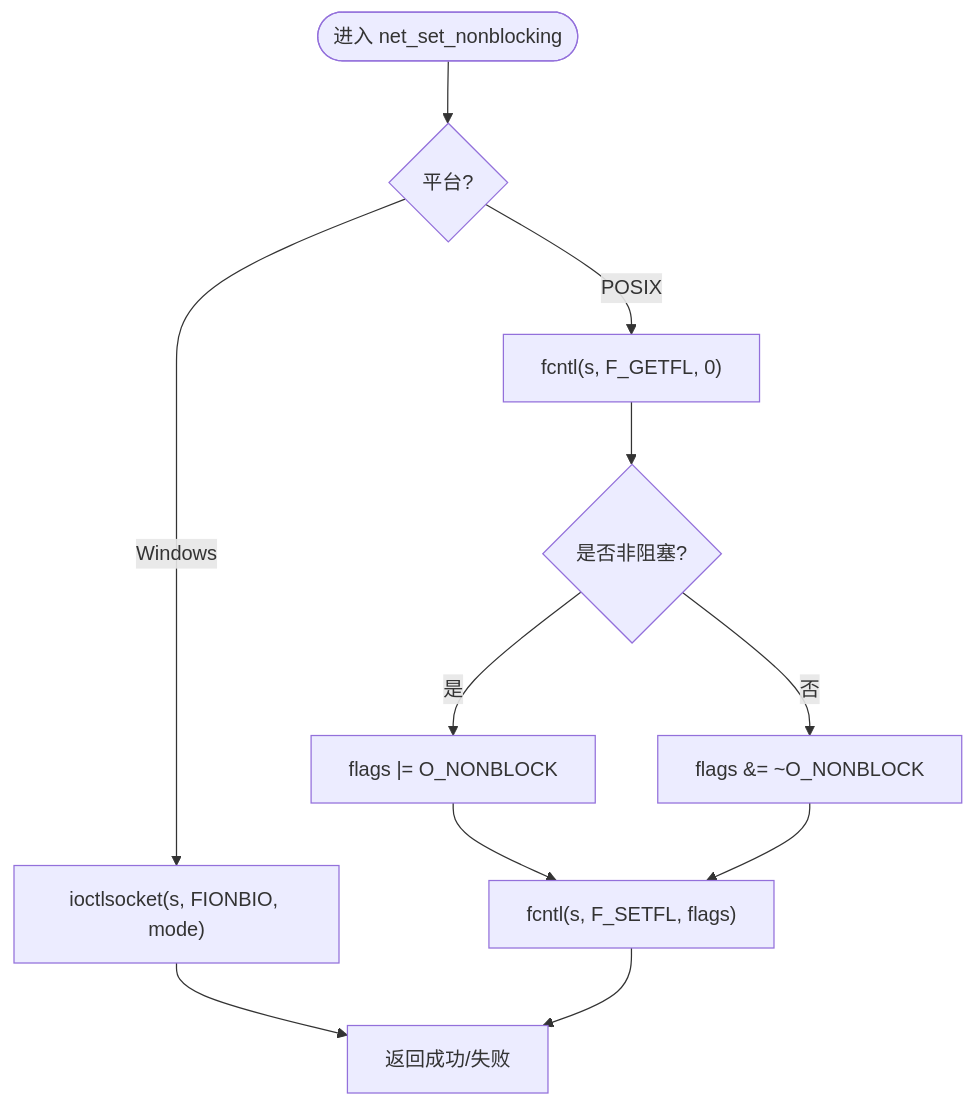
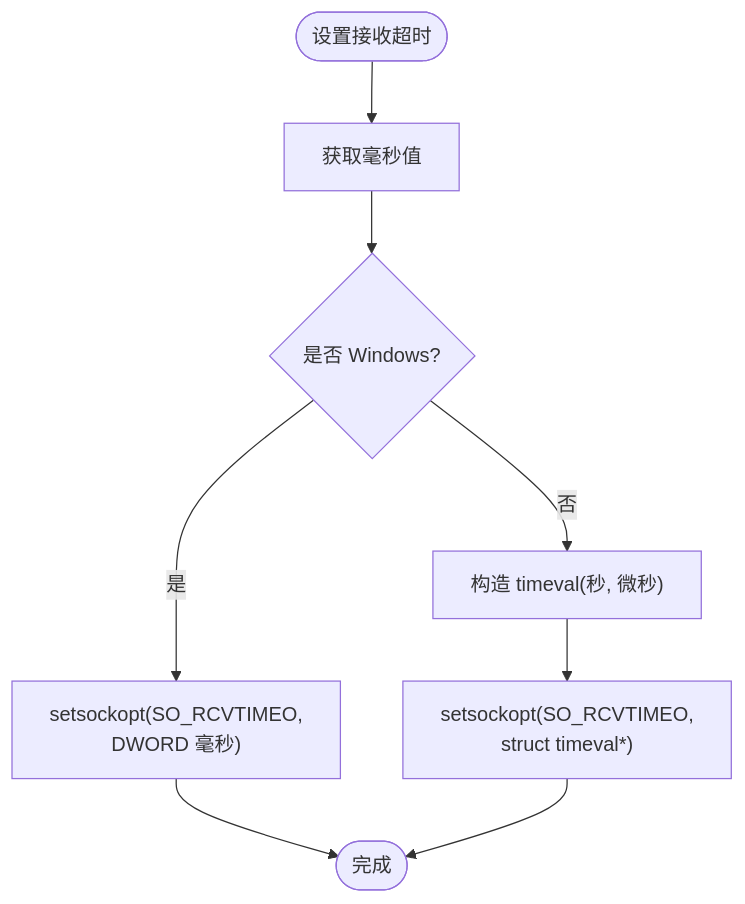
Before and after one commit to Lukad77/awr1843-radar-toolkit: the fifth of 6 diagrams in .qoder/repowiki/zh/content/跨平台兼容性设计.md, drawn with Mermaid. The commit also changed other lines of this file and 106 other files, not shown here.

````diff
--- a/.qoder/repowiki/zh/content/跨平台兼容性设计.md
+++ b/.qoder/repowiki/zh/content/跨平台兼容性设计.md
@@ -140,13 +181,10 @@
 ```mermaid
 flowchart TD
-Start(["进入 net_set_nonblocking"]) --> CheckPlatform{"平台?"}
-CheckPlatform --> |Windows| WinMode["ioctlsocket(s, FIONBIO, mode)"]
-CheckPlatform --> |POSIX| PosixFlags["fcntl(s, F_GETFL, 0)"]
-PosixFlags --> SetFlag{"是否非阻塞?"}
-SetFlag --> |是| AddNonblock["flags |= O_NONBLOCK"]
-SetFlag --> |否| ClearNonblock["flags &= ~O_NONBLOCK"]
-AddNonblock --> Apply["fcntl(s, F_SETFL, flags)"]
-ClearNonblock --> Apply
-WinMode --> Result["返回成功/失败"]
-Apply --> Result
+Entry(["设置接收超时"]) --> GetMs["获取毫秒值"]
+GetMs --> IsWin{"是否 Windows?"}
+IsWin --> |是| SetDWORD["setsockopt(SO_RCVTIMEO,<br/>DWORD 毫秒)"]
+IsWin --> |否| ToTimeval["构造 timeval(秒, 微秒)"]
+ToTimeval --> SetBSD["setsockopt(SO_RCVTIMEO,<br/>struct timeval*)"]
+SetDWORD --> Done(["完成"])
+SetBSD --> Done
 ```
````
